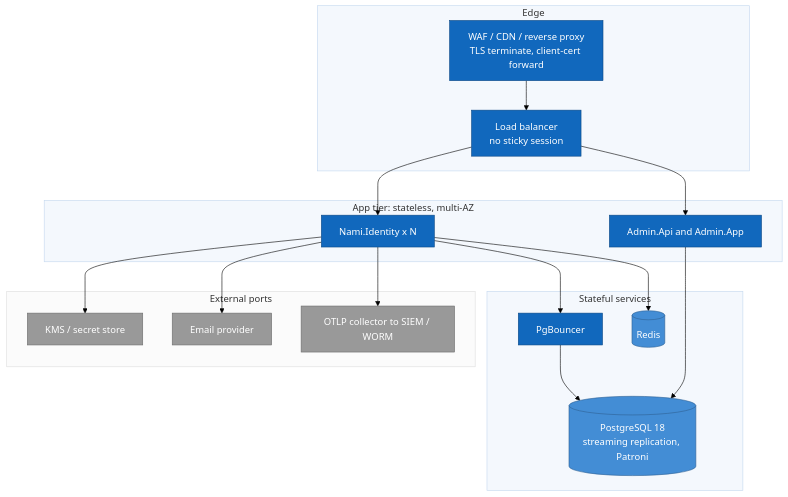
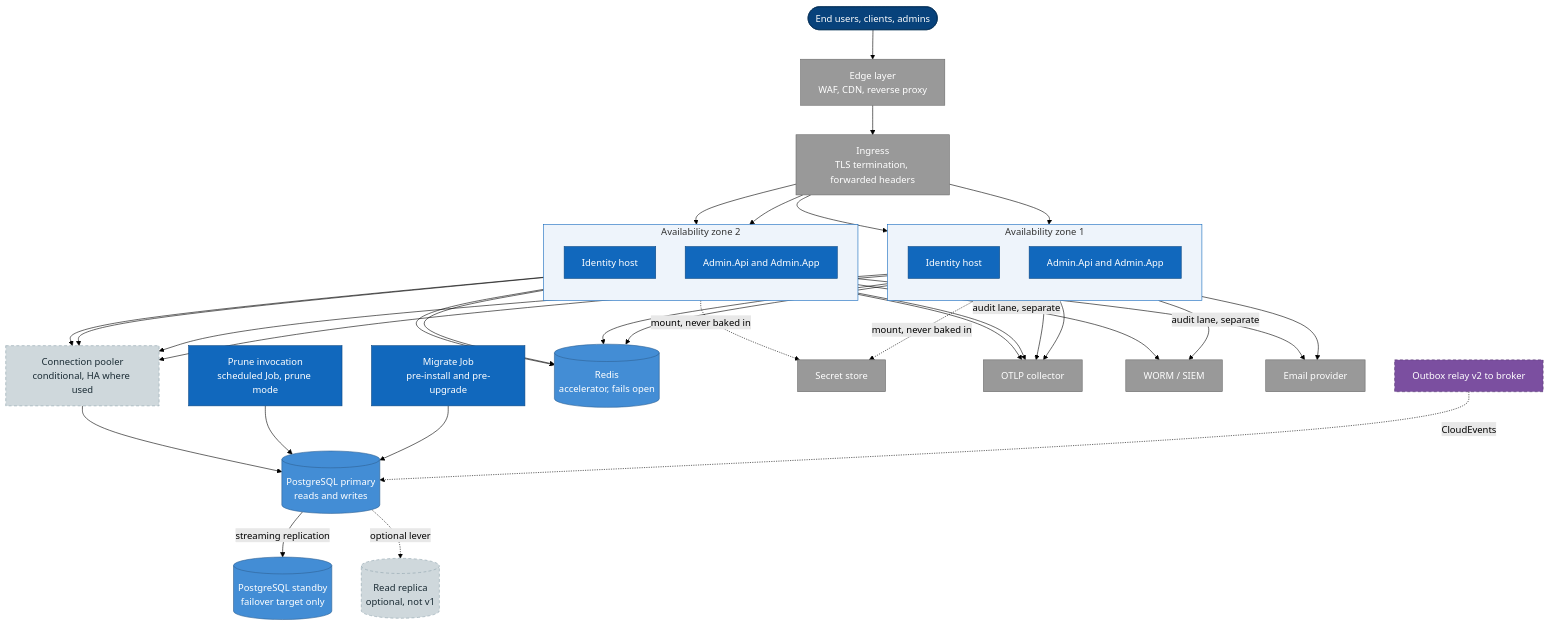
Before and after one commit to namphuongtran/nami: the first of 2 diagrams in docs/architecture/08-deployment.md, drawn with Mermaid (forest theme). The commit also changed other lines of this file and 3 other files, not shown here.

````diff
--- a/docs/architecture/08-deployment.md
+++ b/docs/architecture/08-deployment.md
@@ -12,40 +23,56 @@
 ```mermaid
 graph TB
-  subgraph edge[Edge]
-    waf[WAF / CDN / reverse proxy<br/>TLS terminate, client-cert forward]:::host
-    lb[Load balancer<br/>no sticky session]:::host
+  users([End users, clients, admins]):::person
+  edge[Edge layer<br/>WAF, CDN, reverse proxy]:::ext
+  ing[Ingress<br/>TLS termination, forwarded headers]:::ext
+
+  subgraph AZ1["Availability zone 1"]
+    direction TB
+    idp1[Identity host]:::host
+    adm1[Admin.Api and Admin.App]:::host
   end
-  subgraph app[App tier: stateless, multi-AZ]
-    idp[Nami.Identity x N]:::host
-    adm[Admin.Api and Admin.App]:::host
-  end
-  subgraph data[Stateful services]
-    bouncer[PgBouncer]:::host
-    pg[(PostgreSQL 18<br/>streaming replication, Patroni)]:::store
-    redis[(Redis)]:::store
-  end
-  subgraph ext[External ports]
-    kms[KMS / secret store]:::ext
-    mail[Email provider]:::ext
-    otlp[OTLP collector to SIEM / WORM]:::ext
+  subgraph AZ2["Availability zone 2"]
+    direction TB
+    idp2[Identity host]:::host
+    adm2[Admin.Api and Admin.App]:::host
   end
 
-  waf --> lb
-  lb --> idp
-  lb --> adm
-  idp --> bouncer
-  bouncer --> pg
-  idp --> redis
-  adm --> pg
-  idp --> kms
-  idp --> mail
-  idp --> otlp
+  prune[Prune invocation<br/>scheduled Job, prune mode]:::host
+  mig[Migrate Job<br/>pre-install and pre-upgrade]:::host
 
+  bouncer[Connection pooler<br/>conditional, HA where used]:::optional
+  primary[(PostgreSQL primary<br/>reads and writes)]:::store
+  standby[(PostgreSQL standby<br/>failover target only)]:::store
+  replica[(Read replica<br/>optional, not v1)]:::optional
+  redis[(Redis<br/>accelerator, fails open)]:::store
+
+  secrets[Secret store]:::ext
+  otel[OTLP collector]:::ext
+  siem[WORM / SIEM]:::ext
+  mail[Email provider]:::ext
+  relay[Outbox relay v2 to broker]:::v2
+
+  users --> edge --> ing
+  ing --> idp1 & idp2 & adm1 & adm2
+  idp1 & idp2 & adm1 & adm2 --> redis
+  idp1 & idp2 & adm1 & adm2 --> bouncer
+  bouncer --> primary
+  prune --> primary
+  mig --> primary
+  primary -->|streaming replication| standby
+  primary -.->|optional lever| replica
+  idp1 & idp2 -.->|mount, never baked in| secrets
+  idp1 & idp2 & adm1 & adm2 --> otel
+  idp1 & idp2 -->|audit lane, separate| siem
+  idp1 & idp2 --> mail
+  relay -.->|CloudEvents| primary
+
+  classDef person fill:#08427b,stroke:#052e56,color:#ffffff
   classDef host fill:#1168bd,stroke:#0b4884,color:#ffffff
   classDef store fill:#438dd5,stroke:#2e6295,color:#ffffff
   classDef ext fill:#999999,stroke:#6b6b6b,color:#ffffff
-  style edge fill:#f4f8fd,stroke:#c3d7ee
-  style app fill:#f4f8fd,stroke:#c3d7ee
-  style data fill:#f4f8fd,stroke:#c3d7ee
-  style ext fill:#fbfbfb,stroke:#dddddd
+  classDef optional fill:#cfd8dc,stroke:#90a4ae,color:#1a2b34,stroke-dasharray:5 4
+  classDef v2 fill:#7b4fa0,stroke:#54356f,color:#ffffff,stroke-dasharray:5 4
+  style AZ1 fill:#eef4fb,stroke:#1168bd
+  style AZ2 fill:#eef4fb,stroke:#1168bd
 ```
````
